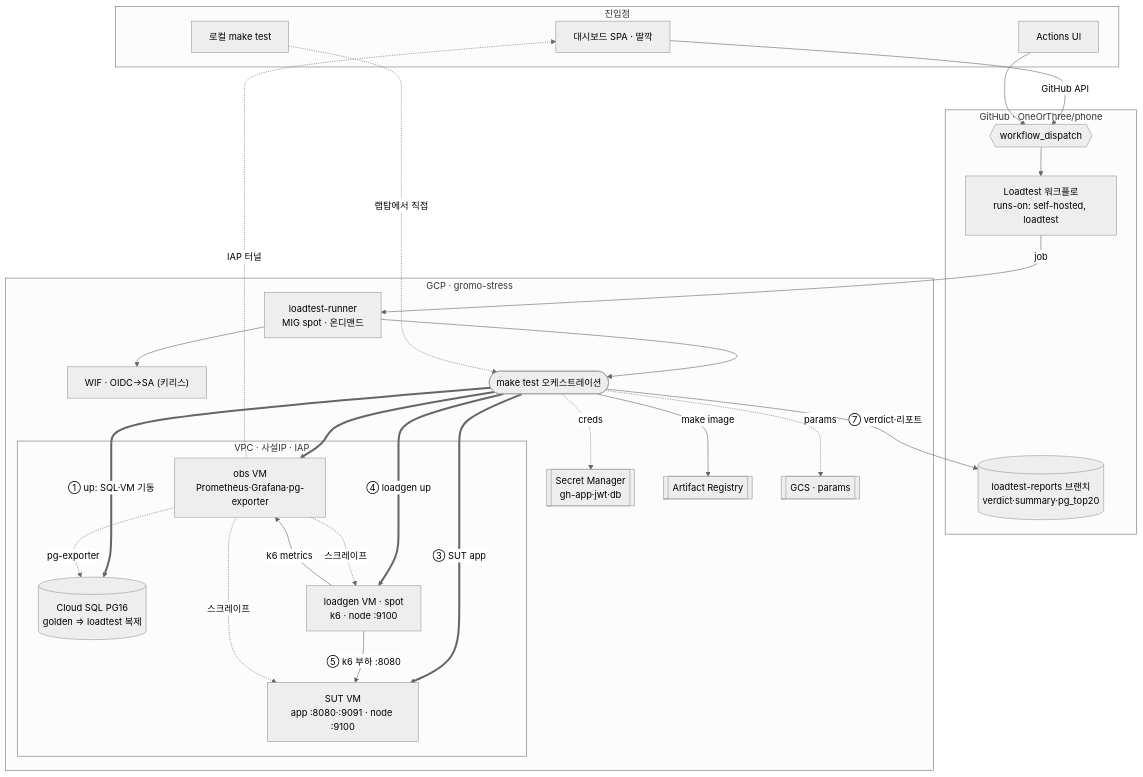
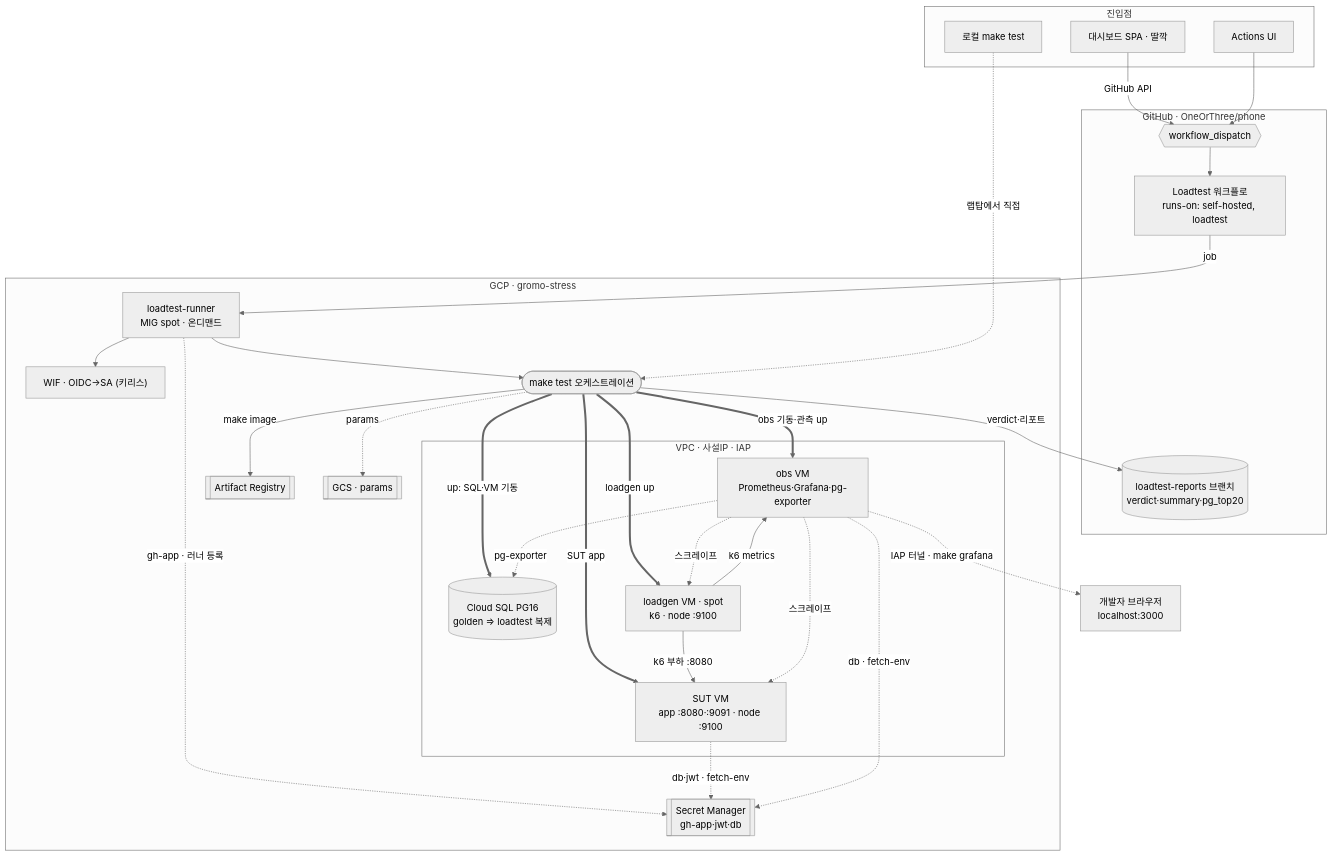
One commit to OneOrThree/phone changed the first of 2 diagrams in loadtest/README.md. Above: the diagram before and after it, drawn with Mermaid (neutral theme).

Commit message:
[CHORE] GROMO-548 README 다이어그램 리뷰 반영 — IAP 터널 DEV 분리·creds 흐름 정정·원숫자 제거
- IAP 터널을 대시보드 SPA가 아닌 개발자 브라우저(make grafana) 노드로 분리
- creds: RVM(gh-app 등록)·SUTV(db·jwt)·OBS(db) 각 VM SA read 로 정정 (MT 직접 read 아님)
- flowchart 원숫자(①③④⑤⑦) 제거 — 순서는 하단 autonumber sequenceDiagram 이 정본

````diff
--- a/loadtest/README.md
+++ b/loadtest/README.md
@@ -28,56 +28,61 @@
 ```mermaid
 flowchart TB
   subgraph TRIG["진입점"]
     DASH["대시보드 SPA · 딸깍"]
     UIACT["Actions UI"]
     LOCAL["로컬 make test"]
   end
 
   subgraph GH["GitHub · OneOrThree/phone"]
     WD{{workflow_dispatch}}
     WF["Loadtest 워크플로<br/>runs-on: self-hosted, loadtest"]
     RPT[("loadtest-reports 브랜치<br/>verdict·summary·pg_top20")]
   end
 
   DASH -->|GitHub API| WD
   UIACT --> WD
   WD --> WF
 
   subgraph GCP["GCP · gromo-stress"]
     RVM["loadtest-runner<br/>MIG spot · 온디맨드"]
     WIF["WIF · OIDC→SA (키리스)"]
     MT(["make test 오케스트레이션"])
     SM[["Secret Manager<br/>gh-app·jwt·db"]]
     AR[["Artifact Registry"]]
     GCS[["GCS · params"]]
 
     subgraph VPC["VPC · 사설IP · IAP"]
       SQL[("Cloud SQL PG16<br/>golden ⇒ loadtest 복제")]
       OBS["obs VM<br/>Prometheus·Grafana·pg-exporter"]
       SUTV["SUT VM<br/>app :8080·:9091 · node :9100"]
       LG["loadgen VM · spot<br/>k6 · node :9100"]
     end
   end
 
   WF -->|job| RVM
   RVM --> WIF
   RVM --> MT
+  RVM -.->|gh-app · 러너 등록| SM
   LOCAL -.->|랩탑에서 직접| MT
-  MT -.->|creds| SM
   MT -->|make image| AR
   MT -.->|params| GCS
 
-  MT ==>|① up: SQL·VM 기동| SQL
-  MT ==> OBS
-  MT ==>|③ SUT app| SUTV
-  MT ==>|④ loadgen up| LG
+  MT ==>|up: SQL·VM 기동| SQL
+  MT ==>|obs 기동·관측 up| OBS
+  MT ==>|SUT app| SUTV
+  MT ==>|loadgen up| LG
 
-  LG -->|⑤ k6 부하 :8080| SUTV
+  SUTV -.->|db·jwt · fetch-env| SM
+  OBS -.->|db · fetch-env| SM
+
+  LG -->|k6 부하 :8080| SUTV
   LG -->|k6 metrics| OBS
   OBS -.->|스크레이프| SUTV
   OBS -.->|스크레이프| LG
   OBS -.->|pg-exporter| SQL
 
-  MT -->|⑦ verdict·리포트| RPT
-  OBS -.->|IAP 터널| DASH
+  MT -->|verdict·리포트| RPT
+
+  DEV["개발자 브라우저<br/>localhost:3000"]
+  OBS -.->|IAP 터널 · make grafana| DEV
 ```
````
